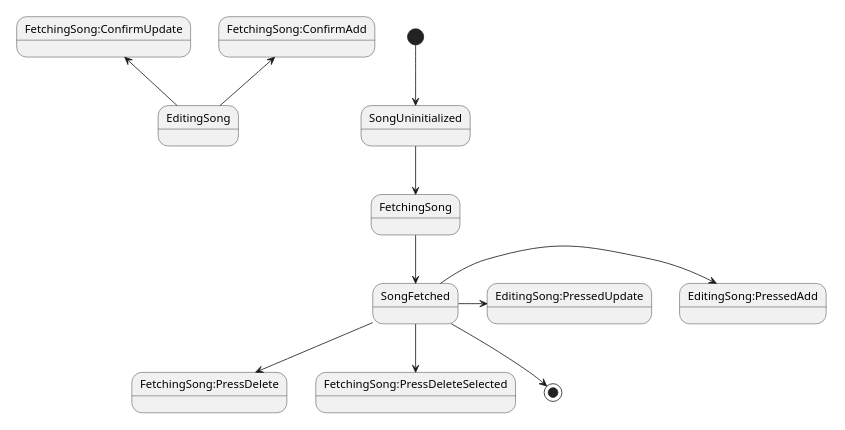
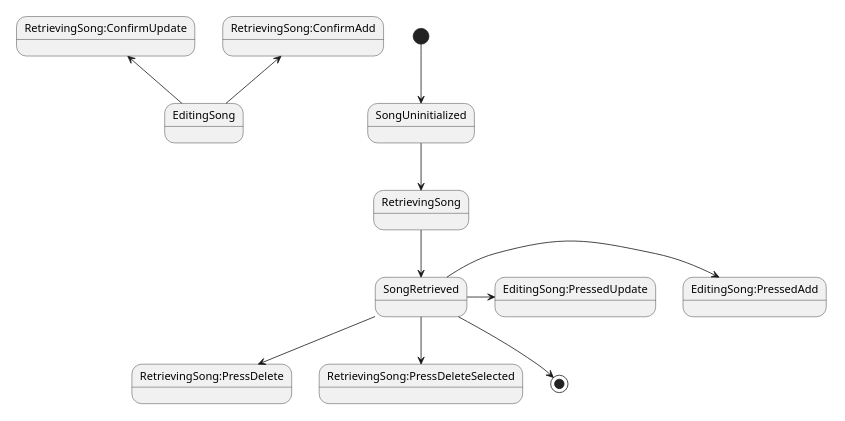
Before and after one commit to amamiseiya/shonichi_Flutter: the diagram in flutter_module/documents/song_list_page_state.wsd, drawn with PlantUML. The commit also changed 75 other files, not shown here.

```diff
--- a/flutter_module/documents/song_list_page_state.wsd
+++ b/flutter_module/documents/song_list_page_state.wsd
@@ -1,15 +1,15 @@
 @startuml SongListPageState
 scale 500 width
 
 [*] --> SongUninitialized
-SongUninitialized-->FetchingSong
-FetchingSong-->SongFetched
-SongFetched-->FetchingSong:PressDelete
-SongFetched-->FetchingSong:PressDeleteSelected
-SongFetched->EditingSong:PressedAdd
-SongFetched->EditingSong:PressedUpdate
-EditingSong-up->FetchingSong:ConfirmAdd
-EditingSong-up->FetchingSong:ConfirmUpdate
-SongFetched-->[*]
+SongUninitialized-->RetrievingSong
+RetrievingSong-->SongRetrieved
+SongRetrieved-->RetrievingSong:PressDelete
+SongRetrieved-->RetrievingSong:PressDeleteSelected
+SongRetrieved->EditingSong:PressedAdd
+SongRetrieved->EditingSong:PressedUpdate
+EditingSong-up->RetrievingSong:ConfirmAdd
+EditingSong-up->RetrievingSong:ConfirmUpdate
+SongRetrieved-->[*]
 
 @enduml
```
